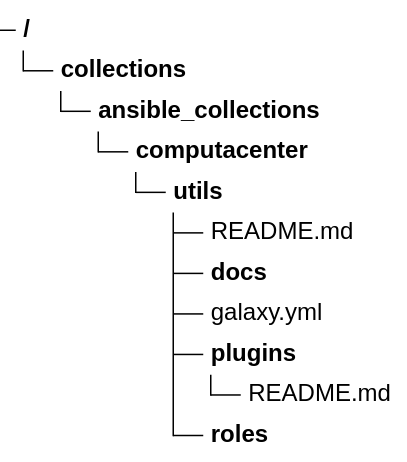
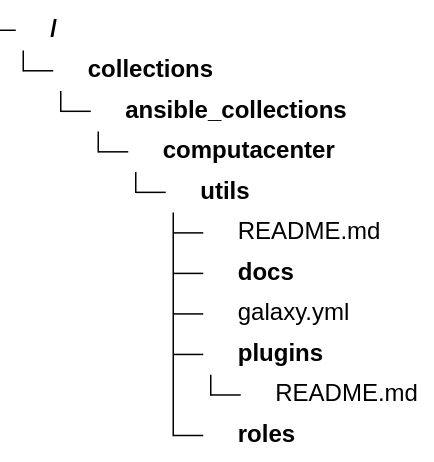
One commit to computacenter-com/ansible-best-practices changed the diagram in docs/development/extending.md. Above: the diagram before and after it, drawn with Mermaid. The commit also changed 9 other files, not shown here.

Commit message:
Added logos to all treeView diagrams. Added JS script to register icon packs.

````diff
--- a/docs/development/extending.md
+++ b/docs/development/extending.md
@@ -25,18 +25,23 @@
     ``` mermaid
     ---
     config:
       treeView:
         rowIndent: 20
+        defaultIconPack: vscode-icons
+        showIcons: true
+        extensionIcons:
+          .md: file-type-markdown
+          .yml: file-type-light-yaml-official
     ---
     treeView-beta
     collections/
     └── ansible_collections/
         └── computacenter/
             └── utils/
                 ├── README.md
                 ├── docs/
                 ├── galaxy.yml
                 ├── plugins/
                 │   └── README.md
                 └── roles/
     ```
````
